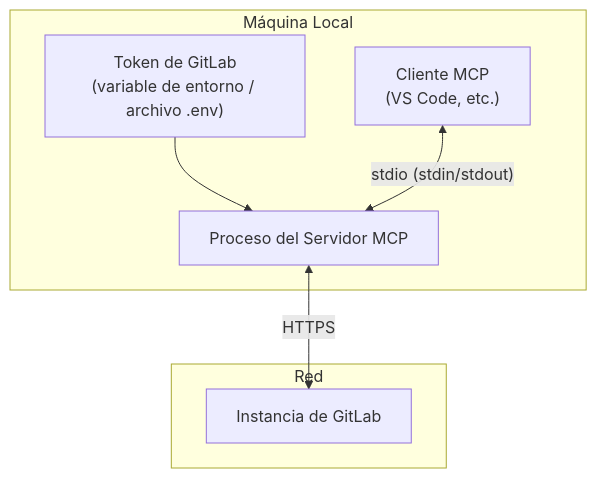
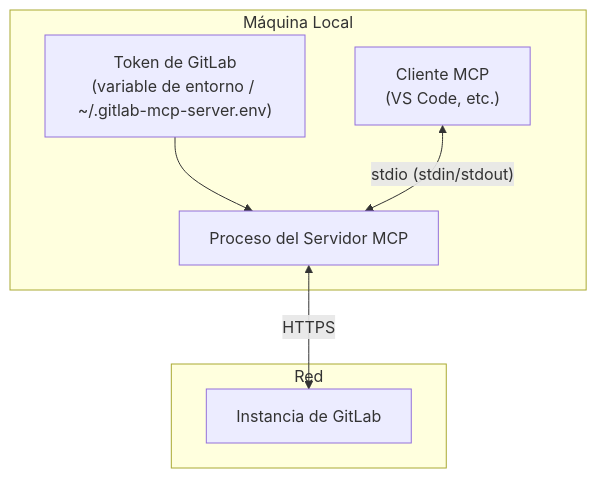
Before and after one commit to jmrplens/gitlab-mcp-server: the diagram in site/src/content/docs/es/operations/security.mdx, drawn with Mermaid. The commit also changed other lines of this file and 197 other files, not shown here.

````diff
--- a/site/src/content/docs/es/operations/security.mdx
+++ b/site/src/content/docs/es/operations/security.mdx
@@ -22,15 +22,15 @@
 ```mermaid
 flowchart TB
     subgraph Local["Máquina Local"]
-        Token["Token de GitLab<br/>(variable de entorno / archivo .env)"]
+        Token["Token de GitLab<br/>(variable de entorno / ~/.gitlab-mcp-server.env)"]
         Server["Proceso del Servidor MCP"]
         Client["Cliente MCP<br/>(VS Code, etc.)"]
     end
     subgraph Remote["Red"]
         GitLab["Instancia de GitLab"]
     end
 
     Token --> Server
     Client <-->|"stdio (stdin/stdout)"| Server
     Server <-->|"HTTPS"| GitLab
 ```
````
